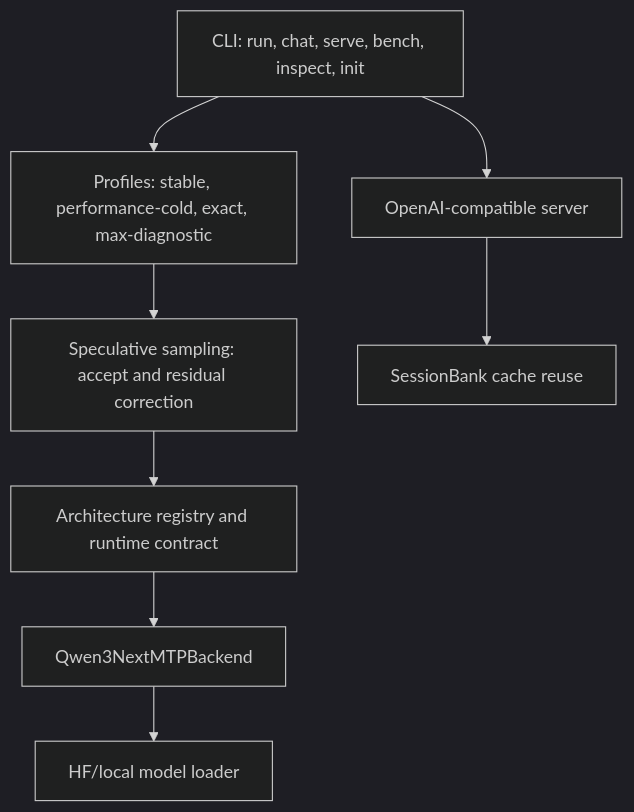
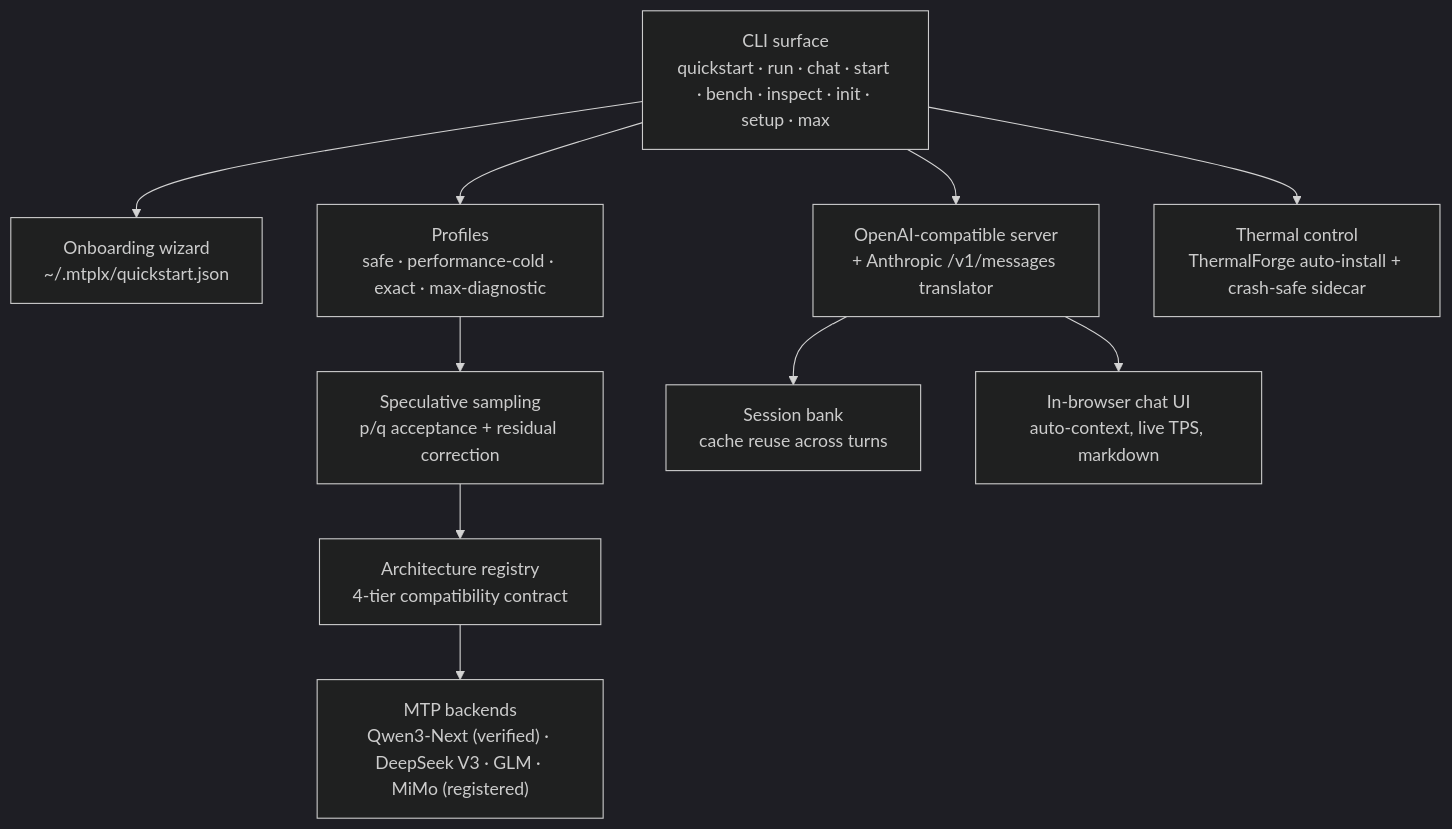
One commit to jamlab/MTPLX changed the second of 2 diagrams in README.md. Above: the diagram before and after it, drawn with Mermaid (dark theme). The commit also changed other lines of this file, not shown here.

````diff
--- a/README.md
+++ b/README.md
@@ -117,19 +193,23 @@
 ```mermaid
 flowchart TB
-    cli["CLI: run, chat, serve, bench, inspect, init"]
-    profiles["Profiles: stable, performance-cold, exact, max-diagnostic"]
-    speculative["Speculative sampling: accept and residual correction"]
-    registry["Architecture registry and runtime contract"]
-    qwen["Qwen3NextMTPBackend"]
-    server["OpenAI-compatible server"]
-    cache["SessionBank cache reuse"]
-    hf["HF/local model loader"]
+    cli["CLI surface<br/>quickstart · run · chat · start · bench · inspect · init · setup · max"]
+    onboarding["Onboarding wizard<br/>~/.mtplx/quickstart.json"]
+    profiles["Profiles<br/>safe · performance-cold · exact · max-diagnostic"]
+    speculative["Speculative sampling<br/>p/q acceptance + residual correction"]
+    registry["Architecture registry<br/>4-tier compatibility contract"]
+    backends["MTP backends<br/>Qwen3-Next (verified) · DeepSeek V3 · GLM · MiMo (registered)"]
+    servers["OpenAI-compatible server<br/>+ Anthropic /v1/messages translator"]
+    sessions["Session bank<br/>cache reuse across turns"]
+    webui["In-browser chat UI<br/>auto-context, live TPS, markdown"]
+    thermal["Thermal control<br/>ThermalForge auto-install + crash-safe sidecar"]
 
+    cli --> onboarding
     cli --> profiles
     profiles --> speculative
     speculative --> registry
-    registry --> qwen
-    qwen --> hf
-    cli --> server
-    server --> cache
+    registry --> backends
+    cli --> servers
+    servers --> sessions
+    servers --> webui
+    cli --> thermal
 ```
````
